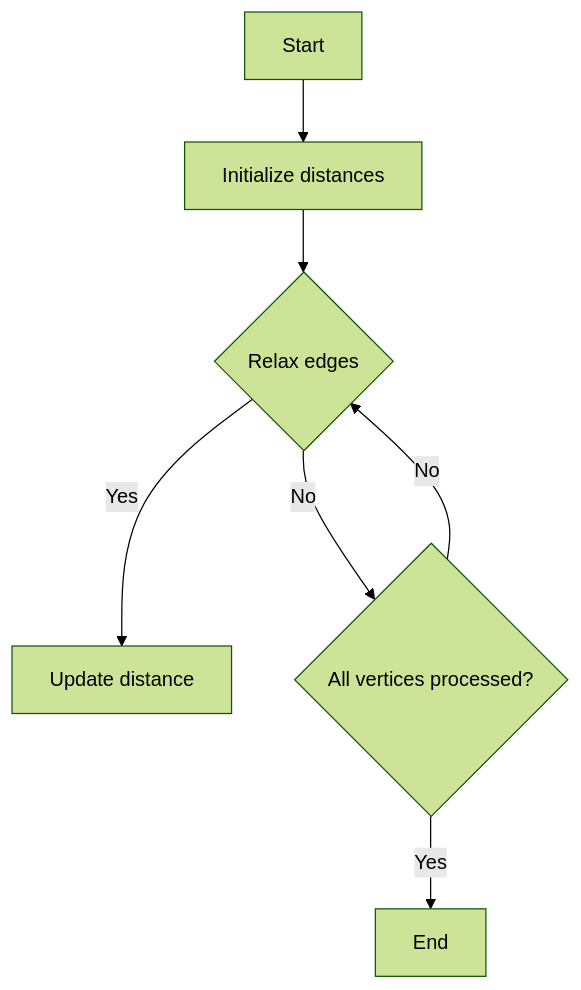
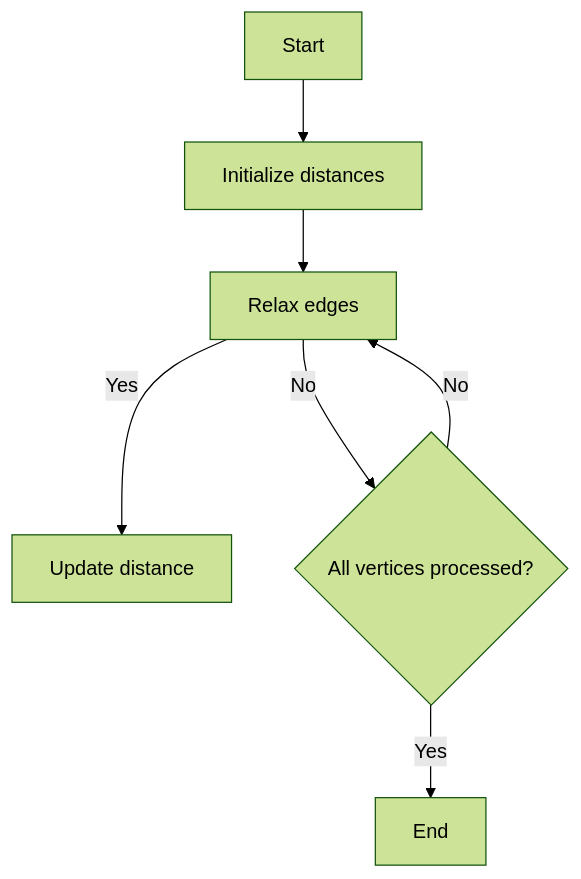
One commit to 42jerrykim/42jerrykim.github.io changed the seventh of 16 diagrams in content/post/2024/2024-08-27-algorithm/index.md. Above: the diagram before and after it, drawn with Mermaid (forest theme). The commit also changed other lines of this file and 239 other files, not shown here.

````diff
--- a/content/post/2024/2024-08-27-algorithm/index.md
+++ b/content/post/2024/2024-08-27-algorithm/index.md
@@ -615,9 +697,9 @@
 ```mermaid
-graph TD;
-    A[Start] --> B[Initialize distances];
-    B --> C{Relax edges};
-    C -- Yes --> D[Update distance];
-    C -- No --> E{All vertices processed?};
-    E -- No --> C;
-    E -- Yes --> F[End];
+graph TD
+    StartPath["Start"] --> InitDist["Initialize distances"]
+    InitDist --> Relax["Relax edges"]
+    Relax -->|"Yes"| UpdateDist["Update distance"]
+    Relax -->|"No"| AllProcessed{"All vertices processed?"}
+    AllProcessed -->|"No"| Relax
+    AllProcessed -->|"Yes"| EndPath["End"]
 ```
````
